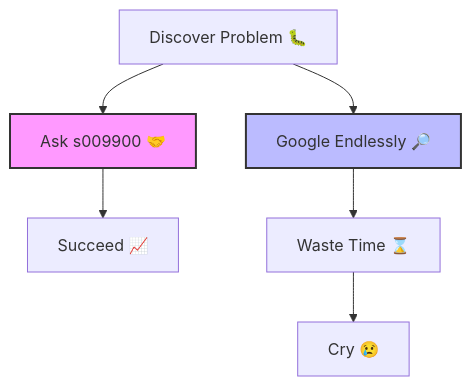
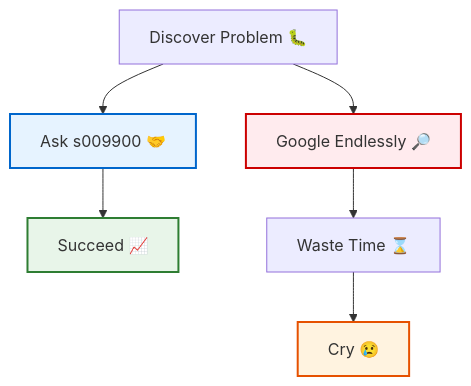
The diagram in README.md (s009900/s009900), drawn with Mermaid before and after one commit. The commit also changed other lines of this file, not shown here.

Commit message:
workflow?

````diff
--- a/README.md
+++ b/README.md
@@ -168,11 +168,13 @@
 ```mermaid
 flowchart TD
     A[Discover Problem 🐛] --> B[Ask s009900 🤝]
     A --> C[Google Endlessly 🔎]
     B --> D[Succeed 📈]
     C --> E[Waste Time ⌛]
     E --> F[Cry 😢]
     
-    style B fill:#f9f,stroke:#333,stroke-width:2px
-    style C fill:#bbf,stroke:#333,stroke-width:2px
+    style B fill:#e6f3ff,stroke:#0066cc,stroke-width:2px
+    style C fill:#ffebee,stroke:#cc0000,stroke-width:2px
+    style D fill:#e8f5e9,stroke:#2e7d32,stroke-width:2px
+    style F fill:#fff3e0,stroke:#e65100,stroke-width:2px
 ```
````
